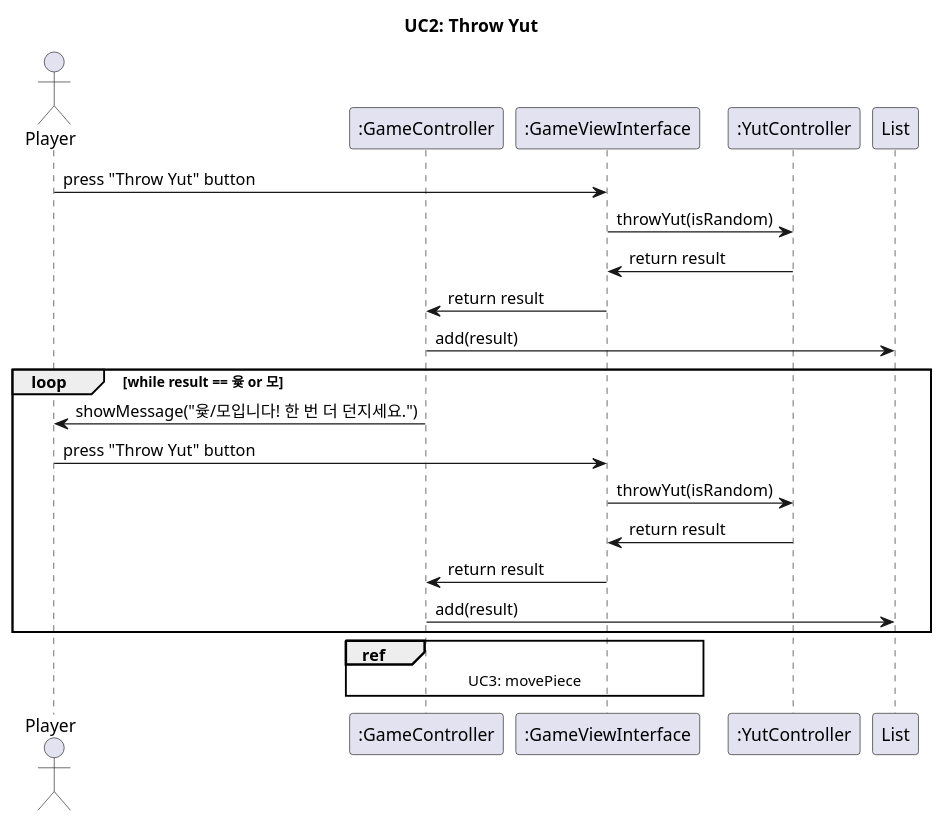
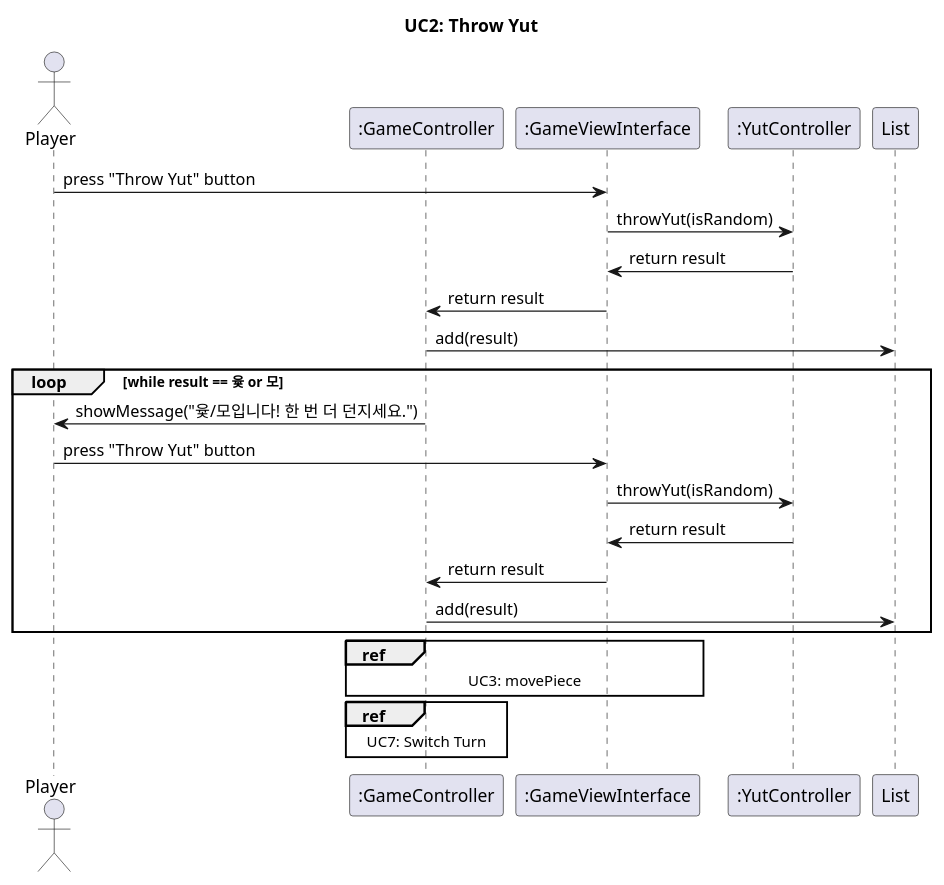
Before and after one commit to jack0928/SE-Term-Project-2025: the diagram in UC2.puml, drawn with PlantUML.

Commit message:
docs: UC2 수정, UC7: Switch turn ref 추가

```diff
--- a/UC2.puml
+++ b/UC2.puml
@@ -1,32 +1,36 @@
 @startuml
 title UC2: Throw Yut
 
 actor Player
 participant ":GameController" as GameController
 participant ":GameViewInterface" as GameViewInterface
 participant ":YutController" as YutController
 participant List as stepQueue
+
+
 
 Player -> GameViewInterface : press "Throw Yut" button
 
 GameViewInterface -> YutController : throwYut(isRandom)
 
 YutController -> GameViewInterface : return result
 GameViewInterface -> GameController : return result
 
 GameController -> stepQueue : add(result)
 loop while result == 윷 or 모
     GameController -> Player : showMessage("윷/모입니다! 한 번 더 던지세요.")
 	Player -> GameViewInterface : press "Throw Yut" button
 
     GameViewInterface -> YutController : throwYut(isRandom)
 
     YutController -> GameViewInterface : return result
     GameViewInterface -> GameController : return result
     GameController -> stepQueue : add(result)
 end
 ref over GameController,GameViewInterface
 	UC3: movePiece
 end ref
-
+ref over GameController
+    UC7: Switch Turn
+end ref
 @enduml
```
